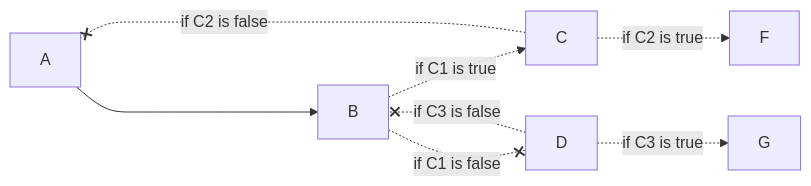
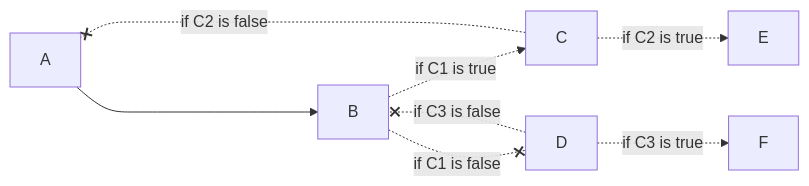
Before and after one commit to OlofMorraNavara/TemporalQuestions: the fourth of 4 diagrams in README.md, drawn with Mermaid. The commit also changed 10 other files, not shown here.

````diff
--- a/README.md
+++ b/README.md
@@ -50,10 +50,10 @@
 ```mermaid
 flowchart LR
     A ----> B
     B -.if C1 is true.-> C
-    C -.if C2 is true.-> F
+    C -.if C2 is true.-> E
     C -.if C2 is false.-x A
     B -.if C1 is false.-x D
-    D -.if C3 is true.-> G
+    D -.if C3 is true.-> F
     D -.if C3 is false.-x B
 ```
````
